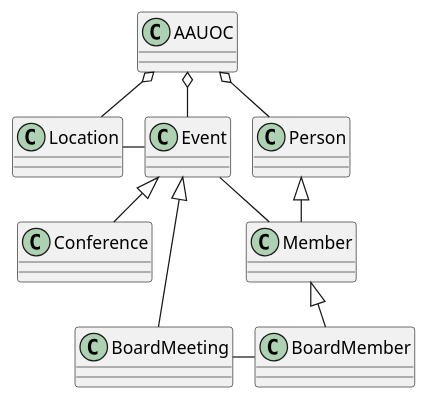
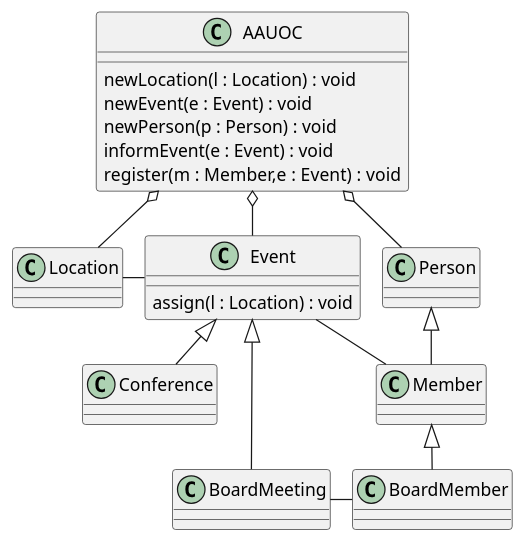
Before and after one commit to pacoFlorido/UMLClasesPacoFlorido: the diagram in src/UML.puml, drawn with PlantUML. The commit also changed 2 other files, not shown here.

```diff
--- a/src/UML.puml
+++ b/src/UML.puml
@@ -1,37 +1,45 @@
 @startuml
 
 !pragma layout smetana
 
 class Member
 
 class BoardMember
 
-class Event
+class Event{
+assign(l : Location) : void
+}
 
 class Conference
 
 class BoardMeeting
 
 class Location
 
 class Person
 
-class AAUOC
+class AAUOC{
+newLocation(l : Location) : void
+newEvent(e : Event) : void
+newPerson(p : Person) : void
+informEvent(e : Event) : void
+register(m : Member,e : Event) : void
+}
 
 Event <|-- Conference
 Event <|-- BoardMeeting
 
 Person <|-- Member
 Member <|-- BoardMember
 
 Location - Event
 
 AAUOC o-- Location
 AAUOC o-- Event
 AAUOC o-- Person
 
 BoardMeeting - BoardMember
 
 Event - Member
 
 @enduml
```
